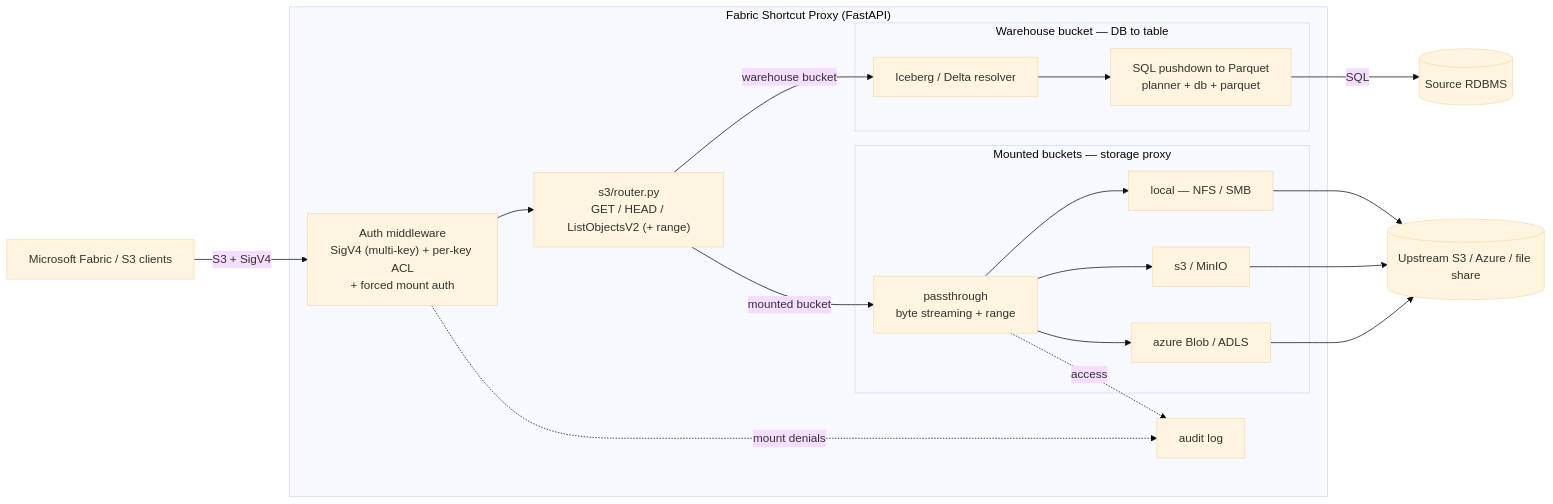
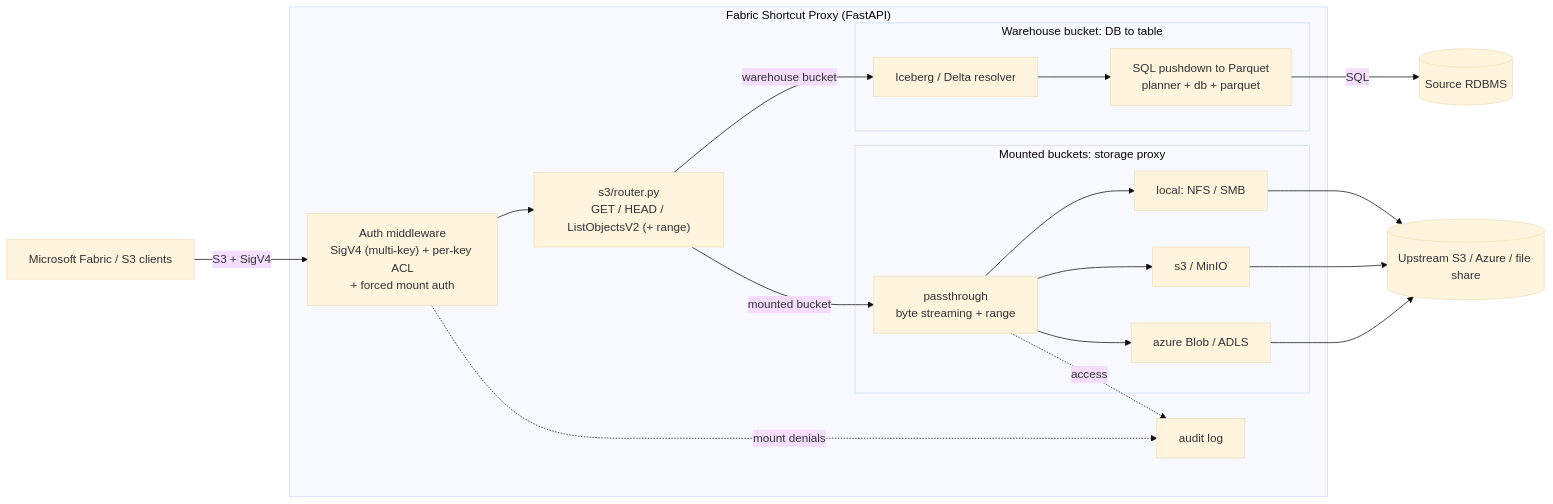
The first of 13 diagrams in docs/TechnicalArchitecture.md (Andreas-bersgtedt/Fabric-Shortcut-Proxy), drawn with Mermaid (base theme) before and after one commit. The commit also changed other lines of this file and 12 other files, not shown here.

Commit message:
docs: strip em dashes per no-ai-slop (prose colons/commas, mermaid labels, normalize non-breaking hyphen)

````diff
--- a/docs/TechnicalArchitecture.md
+++ b/docs/TechnicalArchitecture.md
@@ -17,29 +17,29 @@
 ```mermaid
 flowchart LR
   Fabric[Microsoft Fabric / S3 clients]
 
   subgraph Proxy["Fabric Shortcut Proxy (FastAPI)"]
     AUTH["Auth middleware<br/>SigV4 (multi-key) + per-key ACL<br/>+ forced mount auth"]
     RT["s3/router.py<br/>GET / HEAD / ListObjectsV2 (+ range)"]
-    subgraph WH["Warehouse bucket — DB to table"]
+    subgraph WH["Warehouse bucket: DB to table"]
       RES["Iceberg / Delta resolver"]
       GEN["SQL pushdown to Parquet<br/>planner + db + parquet"]
     end
-    subgraph MNT["Mounted buckets — storage proxy"]
+    subgraph MNT["Mounted buckets: storage proxy"]
       PT["passthrough<br/>byte streaming + range"]
-      LOC["local — NFS / SMB"]
+      LOC["local: NFS / SMB"]
       S3B["s3 / MinIO"]
       AZ["azure Blob / ADLS"]
     end
     AUD["audit log"]
   end
 
   SRC[(Source RDBMS)]
   UP[(Upstream S3 / Azure / file share)]
 
   Fabric -->|S3 + SigV4| AUTH --> RT
   RT -->|warehouse bucket| RES --> GEN -->|SQL| SRC
   RT -->|mounted bucket| PT --> LOC & S3B & AZ --> UP
   AUTH -. mount denials .-> AUD
   PT -. access .-> AUD
 ```
````
